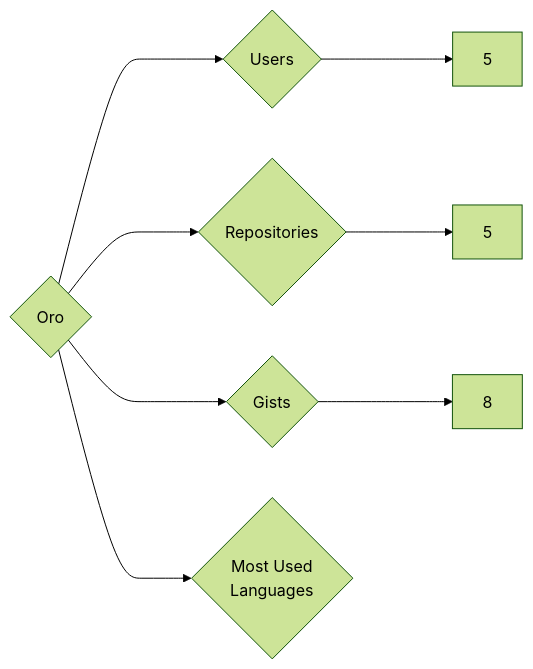
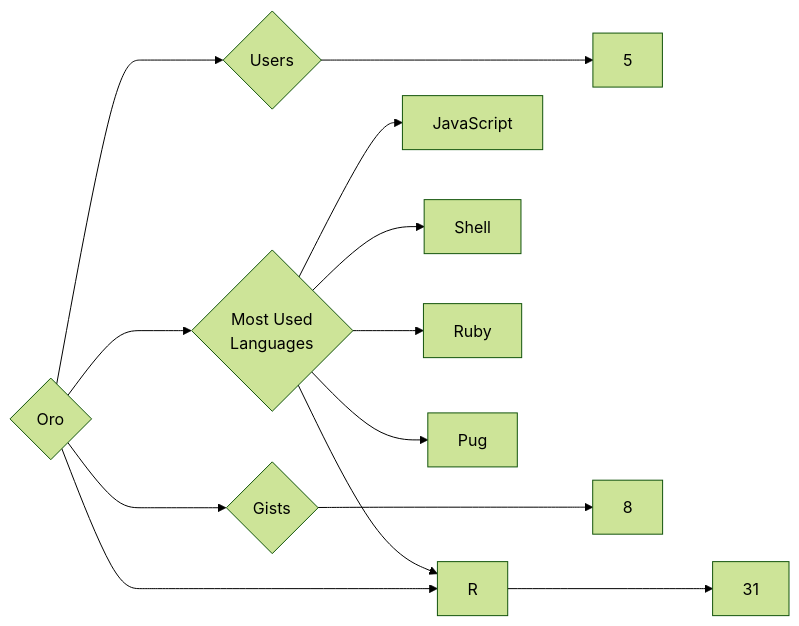
The diagram in targets/Oro/README.md (trickest/insiders), drawn with Mermaid (forest theme) before and after one commit. The commit also changed 597 other files, not shown here.

````diff
--- a/targets/Oro/README.md
+++ b/targets/Oro/README.md
@@ -3,8 +3,13 @@
 ```mermaid
 graph LR
 COMPANY_NAME{Oro}
 COMPANY_NAME ---> U{Users} ---> UN[5]
-COMPANY_NAME ---> R{Repositories} ---> RN[5]
+COMPANY_NAME ---> R{Repositories} ---> RN[31]
 COMPANY_NAME ---> G{Gists} ---> GN[8]
 COMPANY_NAME ---> ML{Most Used<br>Languages}
+ML --> JavaScript[JavaScript]
+ML --> Shell[Shell]
+ML --> Ruby[Ruby]
+ML --> R[R]
+ML --> Pug[Pug]
 ```
````
